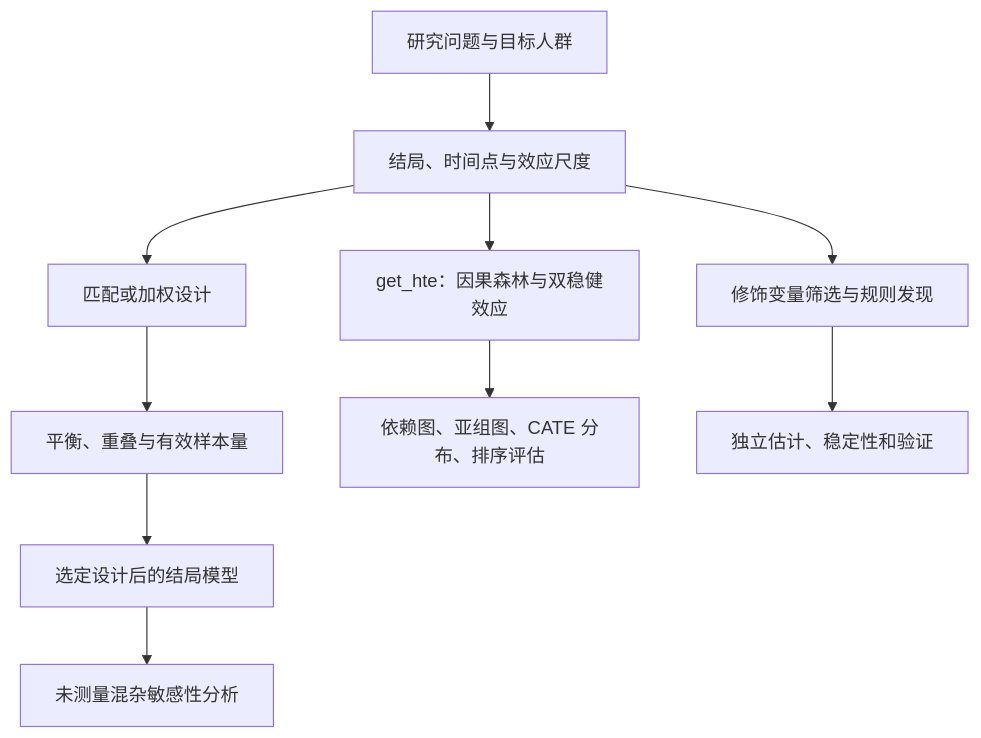
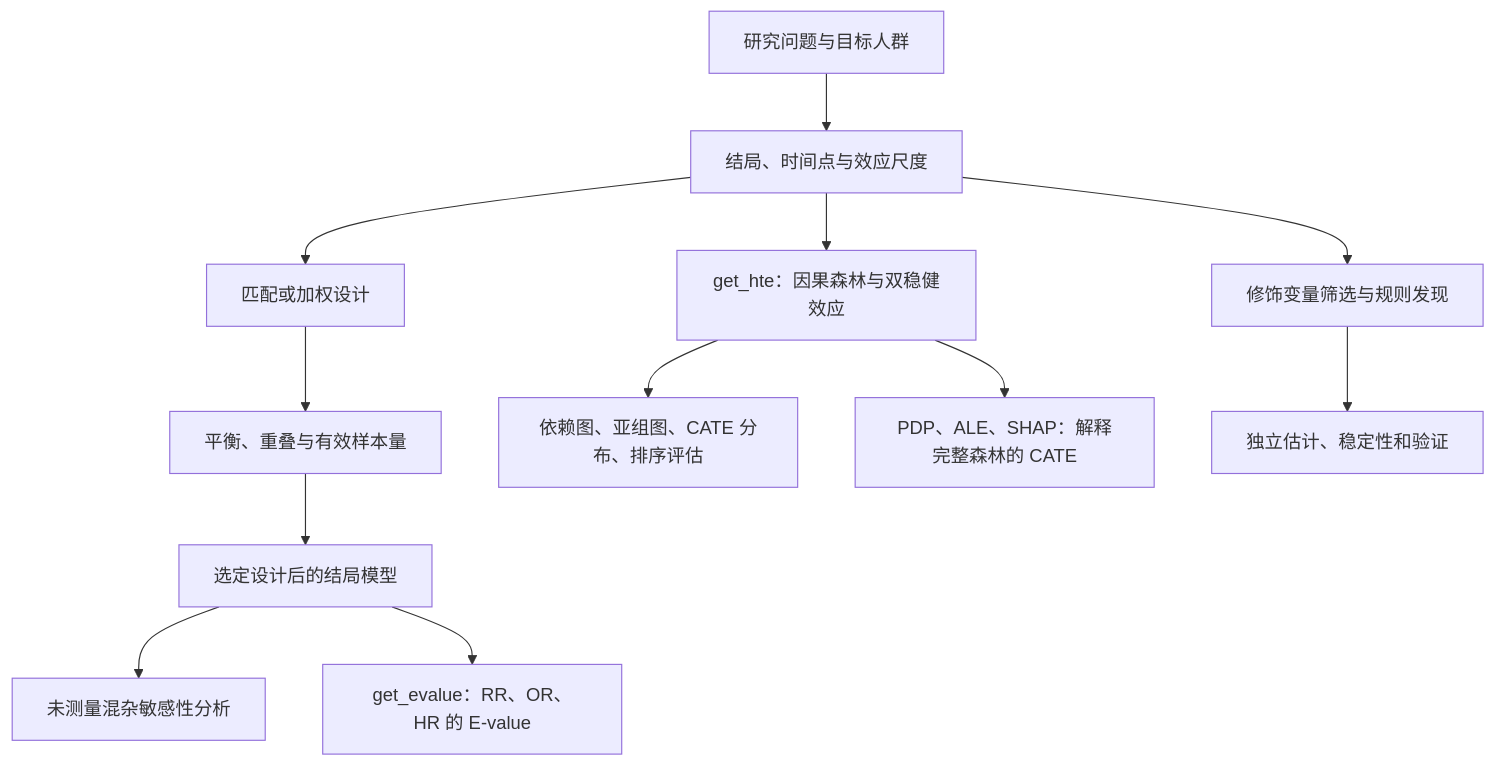
The diagram in causalr/index.qmd (HUI950319/Rnotes), drawn with Mermaid before and after one commit. The commit also changed other lines of this file and 7 other files, not shown here.

````diff
--- a/causalr/index.qmd
+++ b/causalr/index.qmd
@@ -43,12 +47,14 @@
 ```{mermaid}
 flowchart TD
   Q[研究问题与目标人群] --> E[结局、时间点与效应尺度]
   E --> P[匹配或加权设计]
   P --> B[平衡、重叠与有效样本量]
   B --> O[选定设计后的结局模型]
   E --> H[get_hte：因果森林与双稳健效应]
   H --> D[依赖图、亚组图、CATE 分布、排序评估]
+  H --> F[PDP、ALE、SHAP：解释完整森林的 CATE]
   E --> V[修饰变量筛选与规则发现]
   V --> S[独立估计、稳定性和验证]
   O --> U[未测量混杂敏感性分析]
+  O --> EV[get_evalue：RR、OR、HR 的 E-value]
 ```
````
